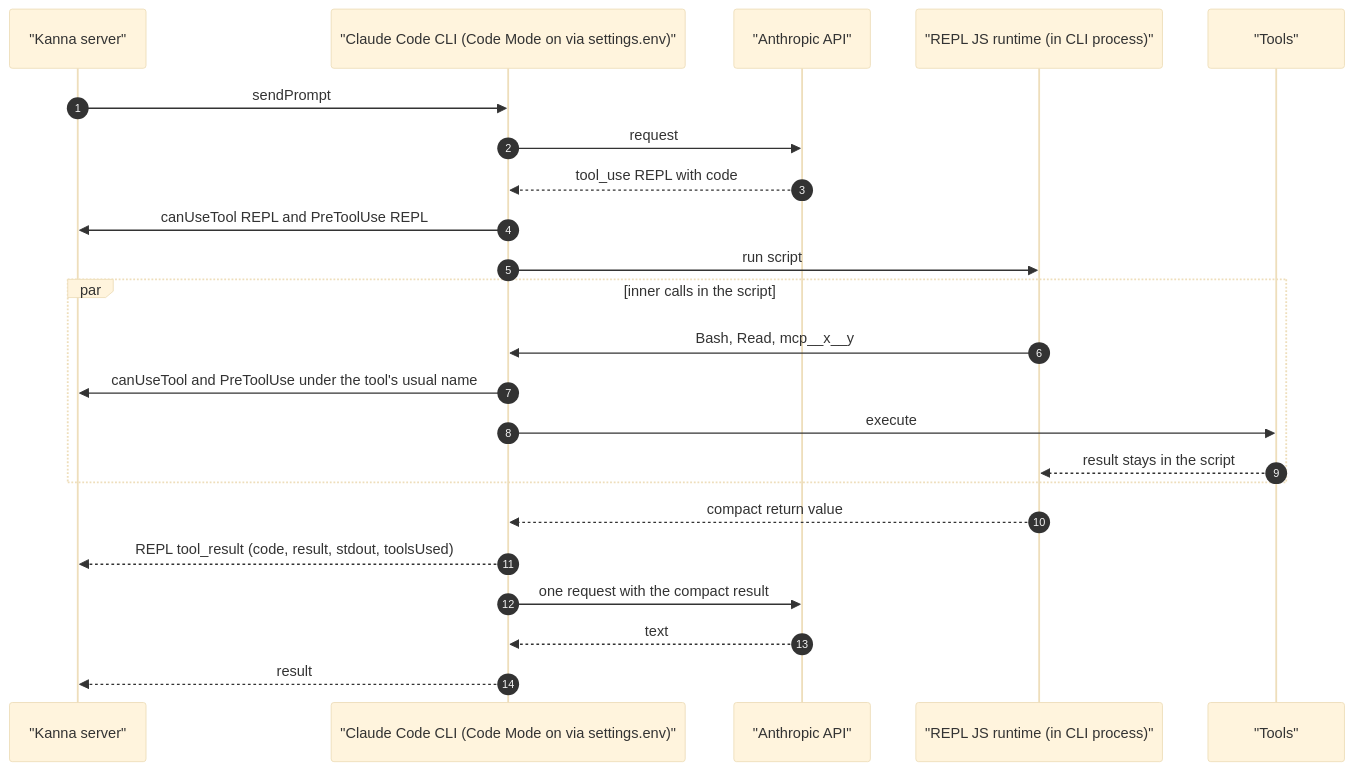
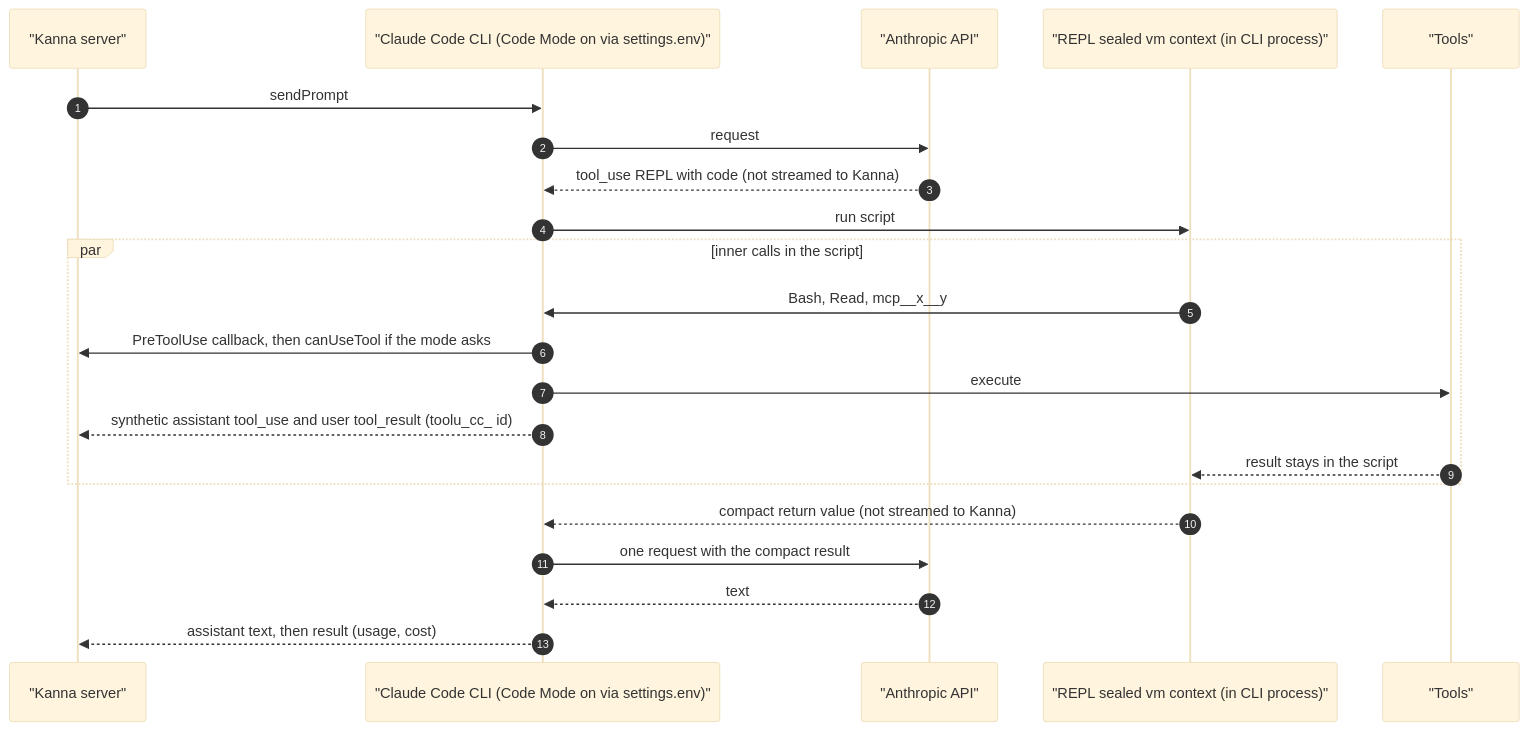
Before and after one commit to cuongtranba/kanna: the second of 3 diagrams in docs/superpowers/specs/2026-11-28-code-mode-programmatic-tool-execution-research.md, drawn with Mermaid (base theme). The commit also changed other lines of this file, not shown here.

First line of the commit message:
docs(research): record Code Mode decisions, gate results and benchmark numbers

````diff
--- a/docs/superpowers/specs/2026-11-28-code-mode-programmatic-tool-execution-research.md
+++ b/docs/superpowers/specs/2026-11-28-code-mode-programmatic-tool-execution-research.md
@@ -213,25 +276,24 @@
 ```mermaid
 sequenceDiagram
     autonumber
     participant S as "Kanna server"
     participant C as "Claude Code CLI (Code Mode on via settings.env)"
     participant M as "Anthropic API"
-    participant R as "REPL JS runtime (in CLI process)"
+    participant R as "REPL sealed vm context (in CLI process)"
     participant T as "Tools"
     S->>C: sendPrompt
     C->>M: request
-    M-->>C: tool_use REPL with code
-    C->>S: canUseTool REPL and PreToolUse REPL
+    M-->>C: tool_use REPL with code (not streamed to Kanna)
     C->>R: run script
     par inner calls in the script
         R->>C: Bash, Read, mcp__x__y
-        C->>S: canUseTool and PreToolUse under the tool's usual name
+        C->>S: PreToolUse callback, then canUseTool if the mode asks
         C->>T: execute
+        C-->>S: synthetic assistant tool_use and user tool_result (toolu_cc_ id)
         T-->>R: result stays in the script
     end
-    R-->>C: compact return value
-    C-->>S: REPL tool_result (code, result, stdout, toolsUsed)
+    R-->>C: compact return value (not streamed to Kanna)
     C->>M: one request with the compact result
     M-->>C: text
-    C-->>S: result
+    C-->>S: assistant text, then result (usage, cost)
 ```
````
